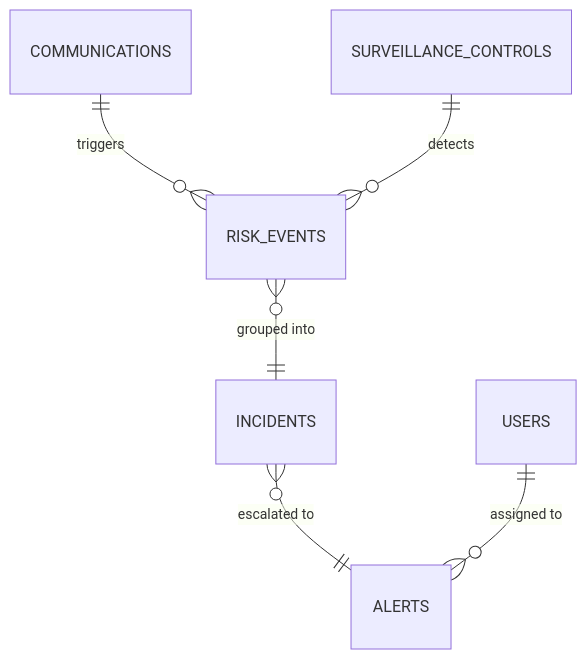
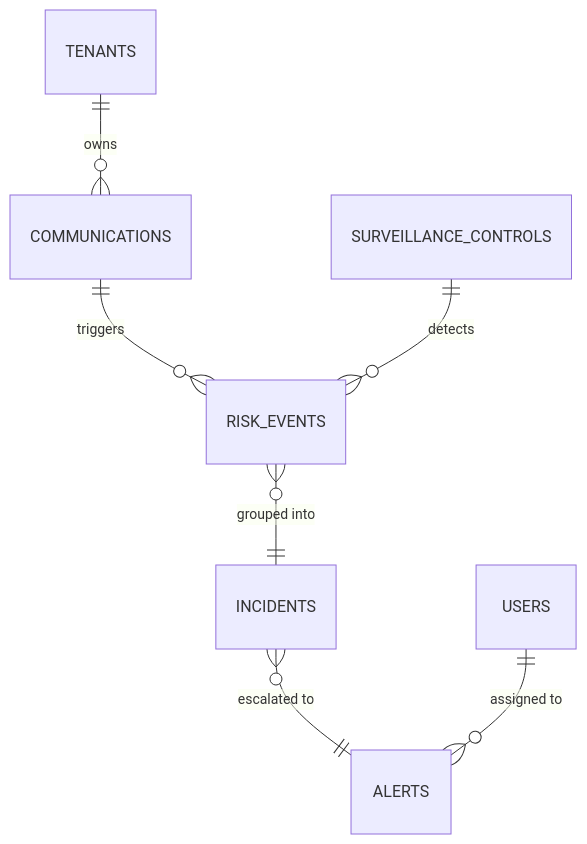
Before and after one commit to nkumar15/communication-analysis: the diagram in backend/modules/domains/b2b/bank_surveillance/docs/technical/schema.md, drawn with Mermaid. The commit also changed other lines of this file and 8 other files, not shown here.

````diff
--- a/backend/modules/domains/b2b/bank_surveillance/docs/technical/schema.md
+++ b/backend/modules/domains/b2b/bank_surveillance/docs/technical/schema.md
@@ -98,8 +117,9 @@
 ```mermaid
 erDiagram
+    TENANTS ||--o{ COMMUNICATIONS : "owns"
     COMMUNICATIONS ||--o{ RISK_EVENTS : "triggers"
     SURVEILLANCE_CONTROLS ||--o{ RISK_EVENTS : "detects"
     RISK_EVENTS }o--|| INCIDENTS : "grouped into"
     INCIDENTS }o--|| ALERTS : "escalated to"
     USERS ||--o{ ALERTS : "assigned to"
 ```
````
